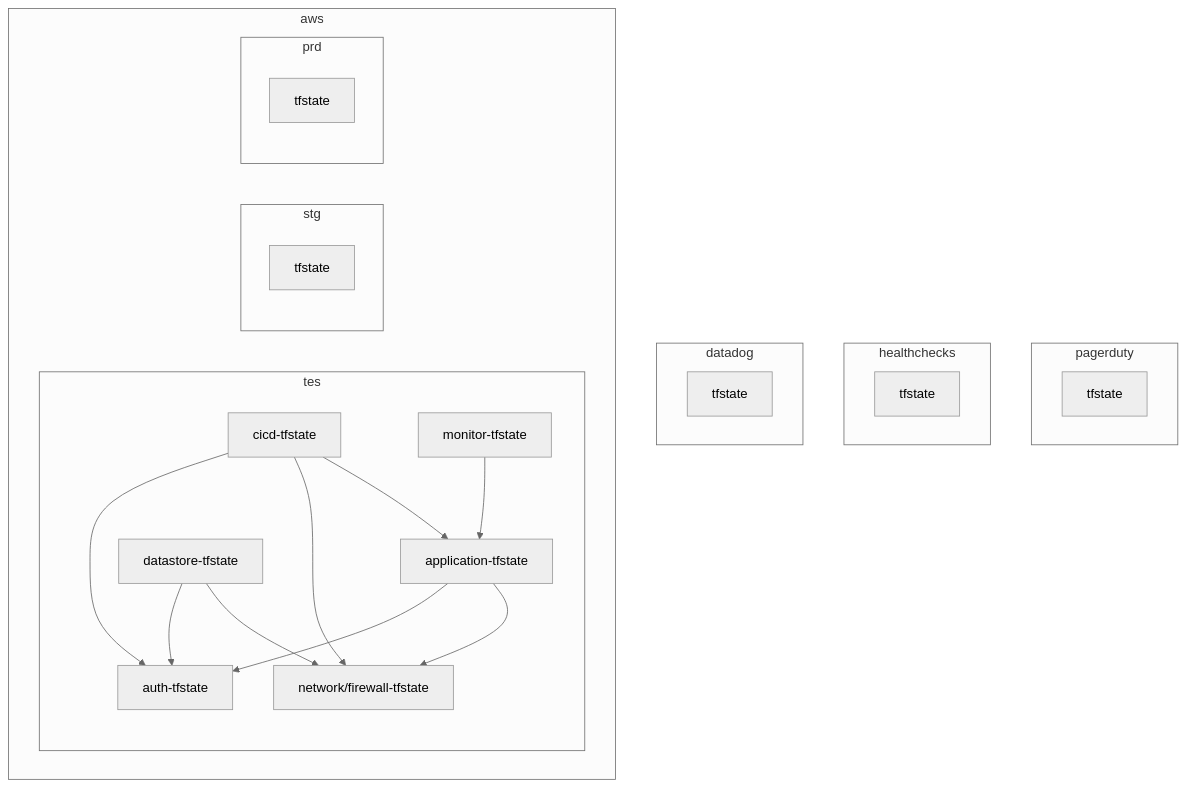
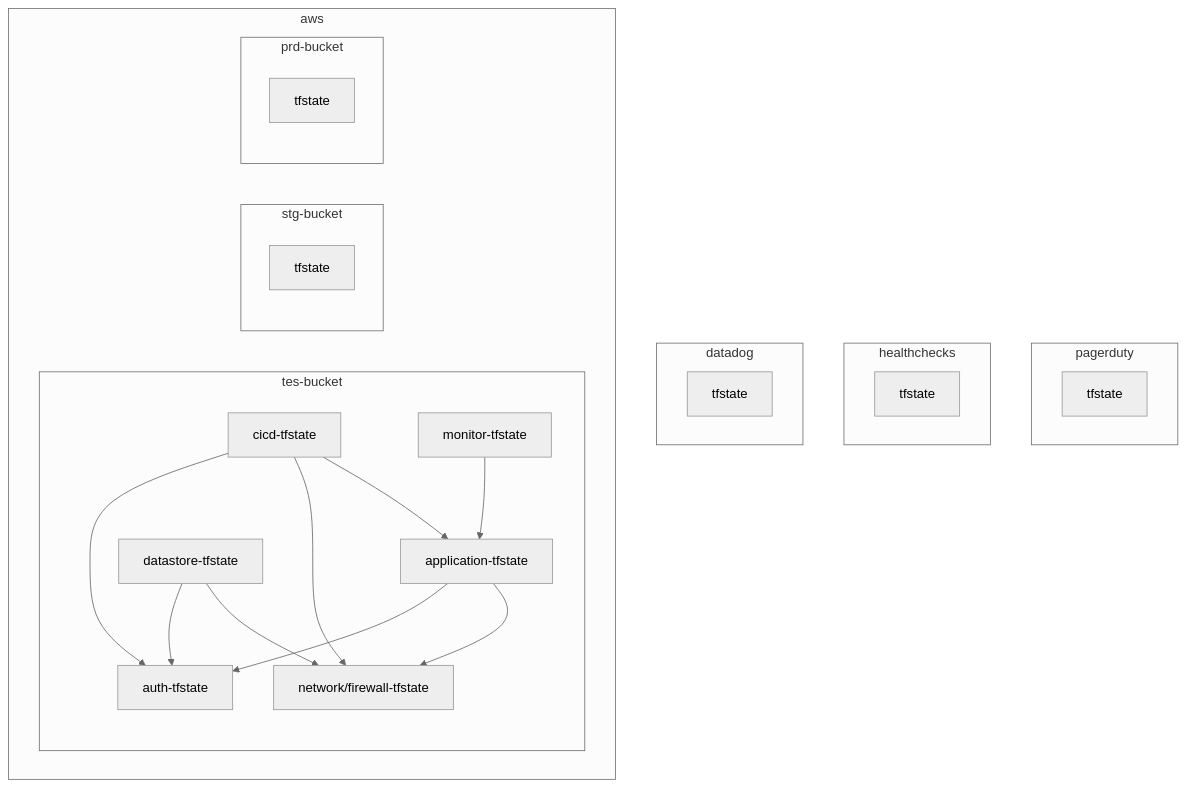
The fifth of 7 diagrams in docs/infrastructure_as_code/infrastructure_as_code_terraform_policy_tfstate.md (hiroki-it/tech-notebook), drawn with Mermaid (neutral theme) before and after one commit. The commit also changed other lines of this file and 2 other files, not shown here.

````diff
--- a/docs/infrastructure_as_code/infrastructure_as_code_terraform_policy_tfstate.md
+++ b/docs/infrastructure_as_code/infrastructure_as_code_terraform_policy_tfstate.md
@@ -755,32 +752,32 @@
 ```mermaid
 graph TB
     subgraph pagerduty
-    Pagerduty[tfstate]
+        Pagerduty[tfstate]
     end
     subgraph healthchecks
-    Healthchecks[tfstate]
+        Healthchecks[tfstate]
     end
     subgraph datadog
-    Datadog[tfstate]
+        Datadog[tfstate]
     end
     subgraph aws
-    subgraph tes
-    Cicd[cicd-tfstate]-->Application
-    Cicd[cicd-tfstate]-->Network
-    Cicd[cicd-tfstate]-->Auth
-    Application[application-tfstate]-->Network
-    Application[application-tfstate]-->Auth
-    Datastore[datastore-tfstate]-->Network
-    Datastore[datastore-tfstate]-->Auth
-    Monitor[monitor-tfstate]-->Application
-    Network[network/firewall-tfstate]
-    Auth[auth-tfstate]
+    subgraph tes-bucket
+        Cicd[cicd-tfstate]-->Application
+        Cicd[cicd-tfstate]-->Network
+        Cicd[cicd-tfstate]-->Auth
+        Application[application-tfstate]-->Network
+        Application[application-tfstate]-->Auth
+        Datastore[datastore-tfstate]-->Network
+        Datastore[datastore-tfstate]-->Auth
+        Monitor[monitor-tfstate]-->Application
+        Network[network/firewall-tfstate]
+        Auth[auth-tfstate]
     end
-    subgraph stg
-    Stgtfstate[tfstate]
+    subgraph stg-bucket
+        Stg[tfstate]
     end
-    subgraph prd
-    Prdtfstate[tfstate]
+    subgraph prd-bucket
+        Prd[tfstate]
     end
     end
 ```
````
